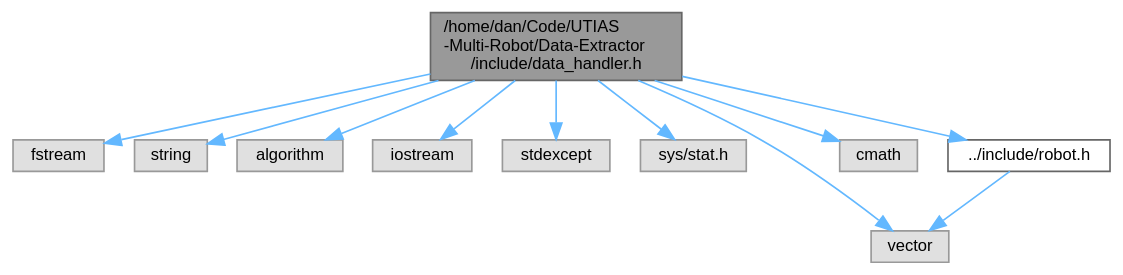
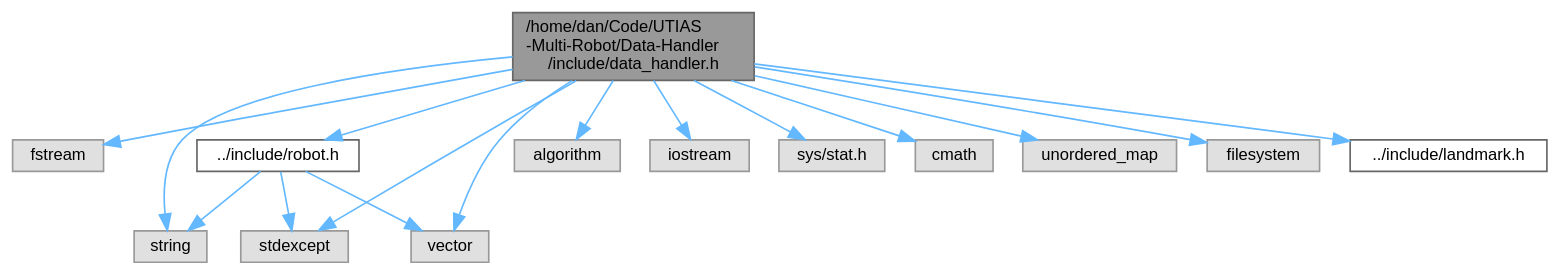
Before and after one commit to DanielIngham/Cooperative-Positioning-Data-Handler: the diagram in docs/data__handler_8h__incl.dot, drawn with Graphviz. The commit also changed 62 other files, not shown here.

```diff
--- a/docs/data__handler_8h__incl.dot
+++ b/docs/data__handler_8h__incl.dot
@@ -1,27 +1,35 @@
-digraph "/home/dan/Code/UTIAS-Multi-Robot/Data-Extractor/include/data_handler.h"
+digraph "/home/dan/Code/UTIAS-Multi-Robot/Data-Handler/include/data_handler.h"
 {
  // LATEX_PDF_SIZE
   bgcolor="transparent";
   edge [fontname=Helvetica,fontsize=10,labelfontname=Helvetica,labelfontsize=10];
   node [fontname=Helvetica,fontsize=10,shape=box,height=0.2,width=0.4];
-  Node1 [id="Node000001",label="/home/dan/Code/UTIAS\l-Multi-Robot/Data-Extractor\l/include/data_handler.h",height=0.2,width=0.4,color="gray40", fillcolor="grey60", style="filled", fontcolor="black",tooltip=" "];
+  Node1 [id="Node000001",label="/home/dan/Code/UTIAS\l-Multi-Robot/Data-Handler\l/include/data_handler.h",height=0.2,width=0.4,color="gray40", fillcolor="grey60", style="filled", fontcolor="black",tooltip=" "];
   Node1 -> Node2 [id="edge1_Node000001_Node000002",color="steelblue1",style="solid",tooltip=" "];
   Node2 [id="Node000002",label="fstream",height=0.2,width=0.4,color="grey60", fillcolor="#E0E0E0", style="filled",tooltip=" "];
   Node1 -> Node3 [id="edge2_Node000001_Node000003",color="steelblue1",style="solid",tooltip=" "];
   Node3 [id="Node000003",label="string",height=0.2,width=0.4,color="grey60", fillcolor="#E0E0E0", style="filled",tooltip=" "];
   Node1 -> Node4 [id="edge3_Node000001_Node000004",color="steelblue1",style="solid",tooltip=" "];
   Node4 [id="Node000004",label="algorithm",height=0.2,width=0.4,color="grey60", fillcolor="#E0E0E0", style="filled",tooltip=" "];
   Node1 -> Node5 [id="edge4_Node000001_Node000005",color="steelblue1",style="solid",tooltip=" "];
   Node5 [id="Node000005",label="iostream",height=0.2,width=0.4,color="grey60", fillcolor="#E0E0E0", style="filled",tooltip=" "];
   Node1 -> Node6 [id="edge5_Node000001_Node000006",color="steelblue1",style="solid",tooltip=" "];
   Node6 [id="Node000006",label="stdexcept",height=0.2,width=0.4,color="grey60", fillcolor="#E0E0E0", style="filled",tooltip=" "];
   Node1 -> Node7 [id="edge6_Node000001_Node000007",color="steelblue1",style="solid",tooltip=" "];
   Node7 [id="Node000007",label="sys/stat.h",height=0.2,width=0.4,color="grey60", fillcolor="#E0E0E0", style="filled",tooltip=" "];
   Node1 -> Node8 [id="edge7_Node000001_Node000008",color="steelblue1",style="solid",tooltip=" "];
   Node8 [id="Node000008",label="vector",height=0.2,width=0.4,color="grey60", fillcolor="#E0E0E0", style="filled",tooltip=" "];
   Node1 -> Node9 [id="edge8_Node000001_Node000009",color="steelblue1",style="solid",tooltip=" "];
   Node9 [id="Node000009",label="cmath",height=0.2,width=0.4,color="grey60", fillcolor="#E0E0E0", style="filled",tooltip=" "];
   Node1 -> Node10 [id="edge9_Node000001_Node000010",color="steelblue1",style="solid",tooltip=" "];
-  Node10 [id="Node000010",label="../include/robot.h",height=0.2,width=0.4,color="grey40", fillcolor="white", style="filled",URL="$robot_8h.html",tooltip=" "];
-  Node10 -> Node8 [id="edge10_Node000010_Node000008",color="steelblue1",style="solid",tooltip=" "];
+  Node10 [id="Node000010",label="unordered_map",height=0.2,width=0.4,color="grey60", fillcolor="#E0E0E0", style="filled",tooltip=" "];
+  Node1 -> Node11 [id="edge10_Node000001_Node000011",color="steelblue1",style="solid",tooltip=" "];
+  Node11 [id="Node000011",label="filesystem",height=0.2,width=0.4,color="grey60", fillcolor="#E0E0E0", style="filled",tooltip=" "];
+  Node1 -> Node12 [id="edge11_Node000001_Node000012",color="steelblue1",style="solid",tooltip=" "];
+  Node12 [id="Node000012",label="../include/robot.h",height=0.2,width=0.4,color="grey40", fillcolor="white", style="filled",URL="$robot_8h.html",tooltip="Header file of the Robot class."];
+  Node12 -> Node8 [id="edge12_Node000012_Node000008",color="steelblue1",style="solid",tooltip=" "];
+  Node12 -> Node6 [id="edge13_Node000012_Node000006",color="steelblue1",style="solid",tooltip=" "];
+  Node12 -> Node3 [id="edge14_Node000012_Node000003",color="steelblue1",style="solid",tooltip=" "];
+  Node1 -> Node13 [id="edge15_Node000001_Node000013",color="steelblue1",style="solid",tooltip=" "];
+  Node13 [id="Node000013",label="../include/landmark.h",height=0.2,width=0.4,color="grey40", fillcolor="white", style="filled",URL="$landmark_8h.html",tooltip="Header file of the Landmark struct."];
 }
```
